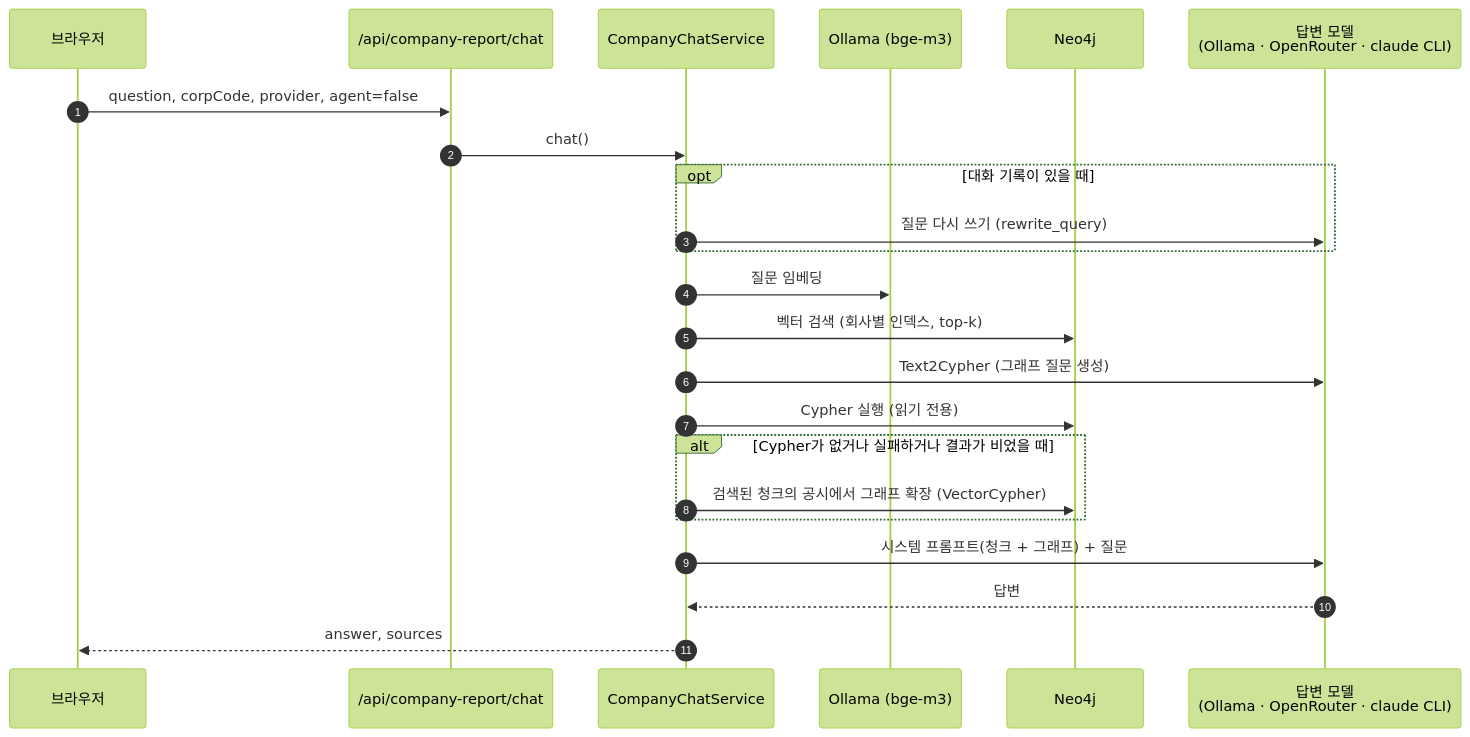
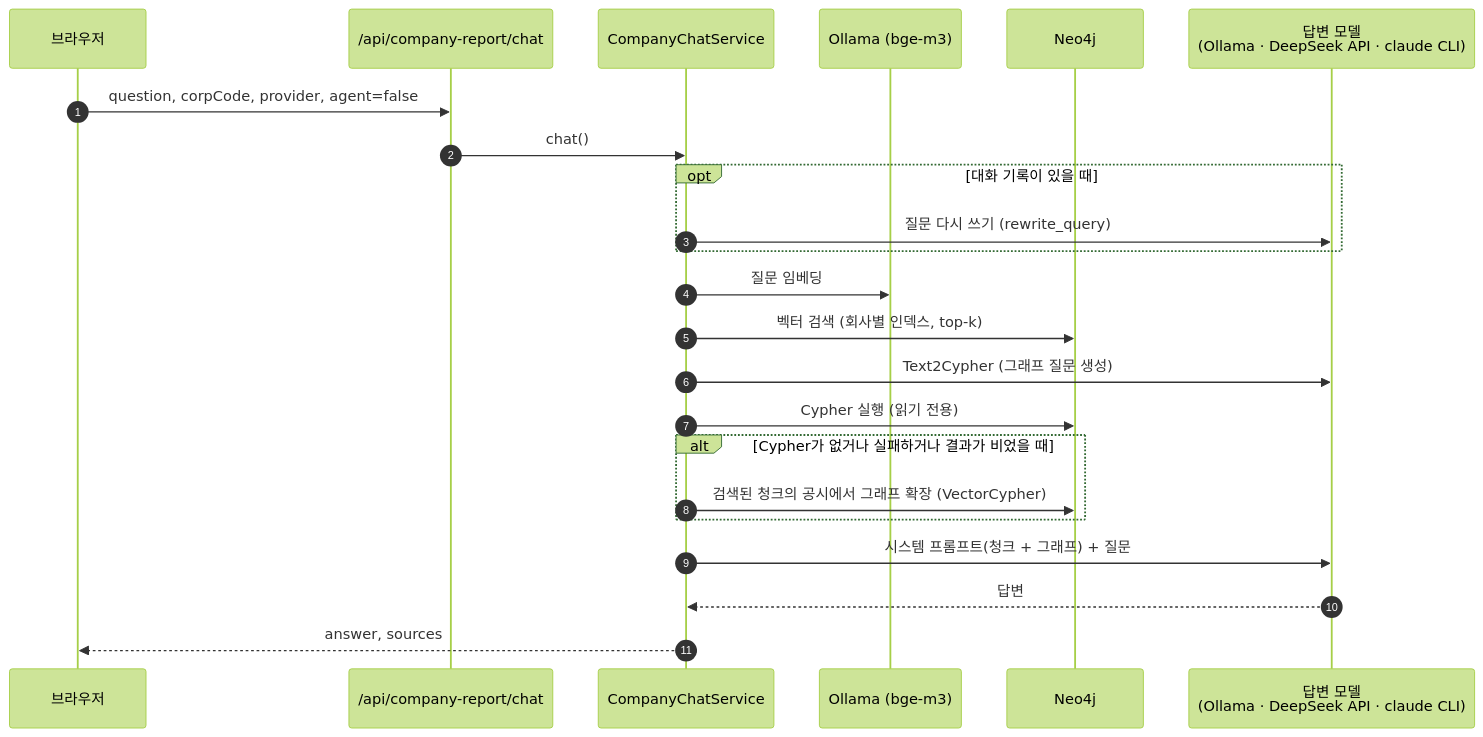
The second of 6 diagrams in docs/architecture.md (Daniel0915/rag-company-report-py), drawn with Mermaid (forest theme) before and after one commit. The commit also changed other lines of this file and 2 other files, not shown here.

````diff
--- a/docs/architecture.md
+++ b/docs/architecture.md
@@ -73,26 +78,26 @@
 ```mermaid
 sequenceDiagram
     autonumber
     participant B as 브라우저
     participant R as /api/company-report/chat
     participant S as CompanyChatService
     participant O as Ollama (bge-m3)
     participant N as Neo4j
-    participant L as 답변 모델<br/>(Ollama · OpenRouter · claude CLI)
+    participant L as 답변 모델<br/>(Ollama · DeepSeek API · claude CLI)
 
     B->>R: question, corpCode, provider, agent=false
     R->>S: chat()
     opt 대화 기록이 있을 때
         S->>L: 질문 다시 쓰기 (rewrite_query)
     end
     S->>O: 질문 임베딩
     S->>N: 벡터 검색 (회사별 인덱스, top-k)
     S->>L: Text2Cypher (그래프 질문 생성)
     S->>N: Cypher 실행 (읽기 전용)
     alt Cypher가 없거나 실패하거나 결과가 비었을 때
         S->>N: 검색된 청크의 공시에서 그래프 확장 (VectorCypher)
     end
     S->>L: 시스템 프롬프트(청크 + 그래프) + 질문
     L-->>S: 답변
     S-->>B: answer, sources
 ```
````
